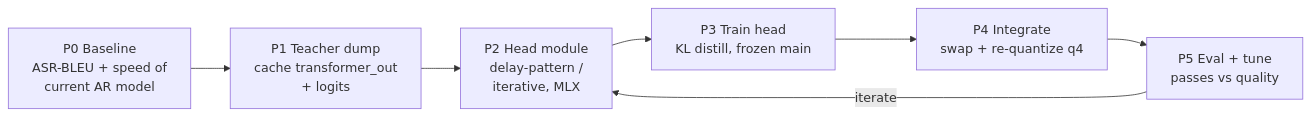
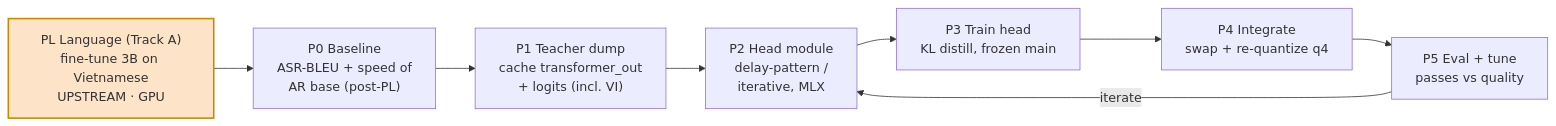
Before and after one commit to huybik/hibiki-zero-mlx: diagram 13 of 14 in docs/distill_plan.md, drawn with Mermaid. The commit also changed other lines of this file and 2 other files, not shown here.

First line of the commit message:
Add documentation and SVG diagram for Hibiki-Zero performance improvements on Apple Silicon

````diff
--- a/docs/distill_plan.md
+++ b/docs/distill_plan.md
@@ -242,9 +412,11 @@
 ```mermaid
 flowchart LR
-    P0["P0 Baseline<br/>ASR-BLEU + speed of<br/>current AR model"] --> P1["P1 Teacher dump<br/>cache transformer_out<br/>+ logits"]
+    PL["PL Language (Track A)<br/>fine-tune 3B on Vietnamese<br/>UPSTREAM · GPU"] --> P0["P0 Baseline<br/>ASR-BLEU + speed of<br/>AR base (post-PL)"]
+    P0 --> P1["P1 Teacher dump<br/>cache transformer_out<br/>+ logits (incl. VI)"]
     P1 --> P2["P2 Head module<br/>delay-pattern /<br/>iterative, MLX"]
     P2 --> P3["P3 Train head<br/>KL distill, frozen main"]
     P3 --> P4["P4 Integrate<br/>swap + re-quantize q4"]
     P4 --> P5["P5 Eval + tune<br/>passes vs quality"]
     P5 -->|iterate| P2
+    style PL fill:#fde3c8,stroke:#c80,stroke-width:2px
 ```
````
